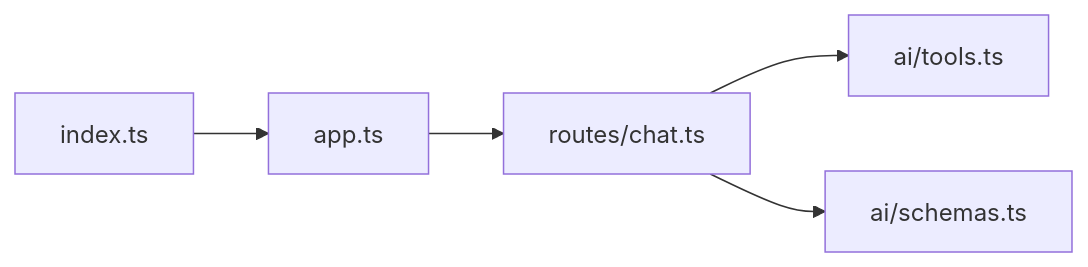
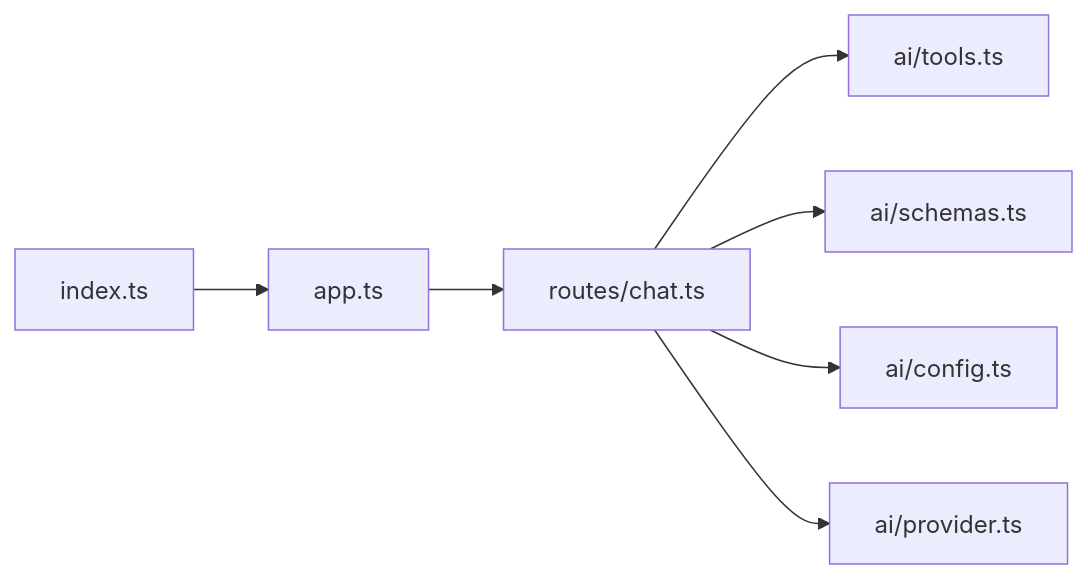
One commit to aHin0805/FH6CarSettingAgent changed the sixth of 8 diagrams in .qoder/repowiki/zh/content/AI集成模块/工具集成.md. Above: the diagram before and after it, drawn with Mermaid. The commit also changed other lines of this file and 59 other files, not shown here.

````diff
--- a/.qoder/repowiki/zh/content/AI集成模块/工具集成.md
+++ b/.qoder/repowiki/zh/content/AI集成模块/工具集成.md
@@ -244,7 +290,9 @@
 ```mermaid
 graph LR
 IDX["index.ts"] --> APP["app.ts"]
 APP --> RT["routes/chat.ts"]
 RT --> TL["ai/tools.ts"]
 RT --> SC["ai/schemas.ts"]
+RT --> CFG["ai/config.ts"]
+RT --> PV["ai/provider.ts"]
 ```
````
